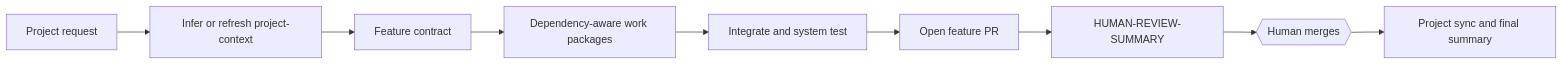
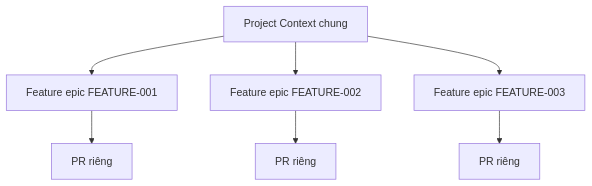
One commit to o00ontcong/aidlc changed the first of 3 diagrams in packages/extension/media/guides/cohesive-delivery.md. Above: the diagram before and after it, drawn with Mermaid. The commit also changed other lines of this file and 20 other files, not shown here.

````diff
--- a/packages/extension/media/guides/cohesive-delivery.md
+++ b/packages/extension/media/guides/cohesive-delivery.md
@@ -160,11 +11,9 @@
-```mermaid
-flowchart LR
-  A[Project request] --> B[Infer or refresh project-context]
-  B --> C[Feature contract]
-  C --> D[Dependency-aware work packages]
-  D --> E[Integrate and system test]
-  E --> F[Open feature PR]
-  F --> G[HUMAN-REVIEW-SUMMARY]
-  G --> H{{Human merges}}
-  H --> I[Project sync and final summary]
-```
+~~~mermaid
+flowchart TB
+  PC[Project Context chung] --> F1[Feature epic FEATURE-001]
+  PC --> F2[Feature epic FEATURE-002]
+  PC --> F3[Feature epic FEATURE-003]
+  F1 --> PR1[PR riêng]
+  F2 --> PR2[PR riêng]
+  F3 --> PR3[PR riêng]
+~~~
````
